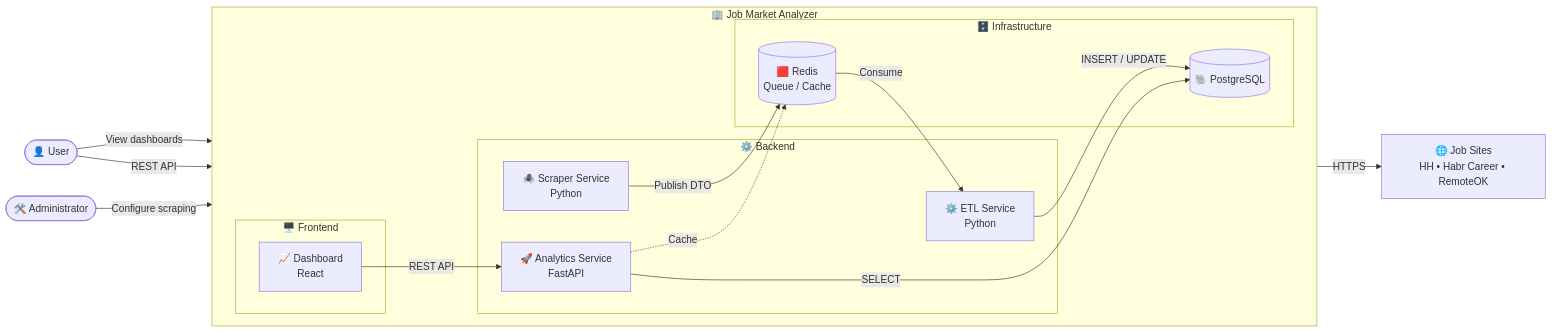
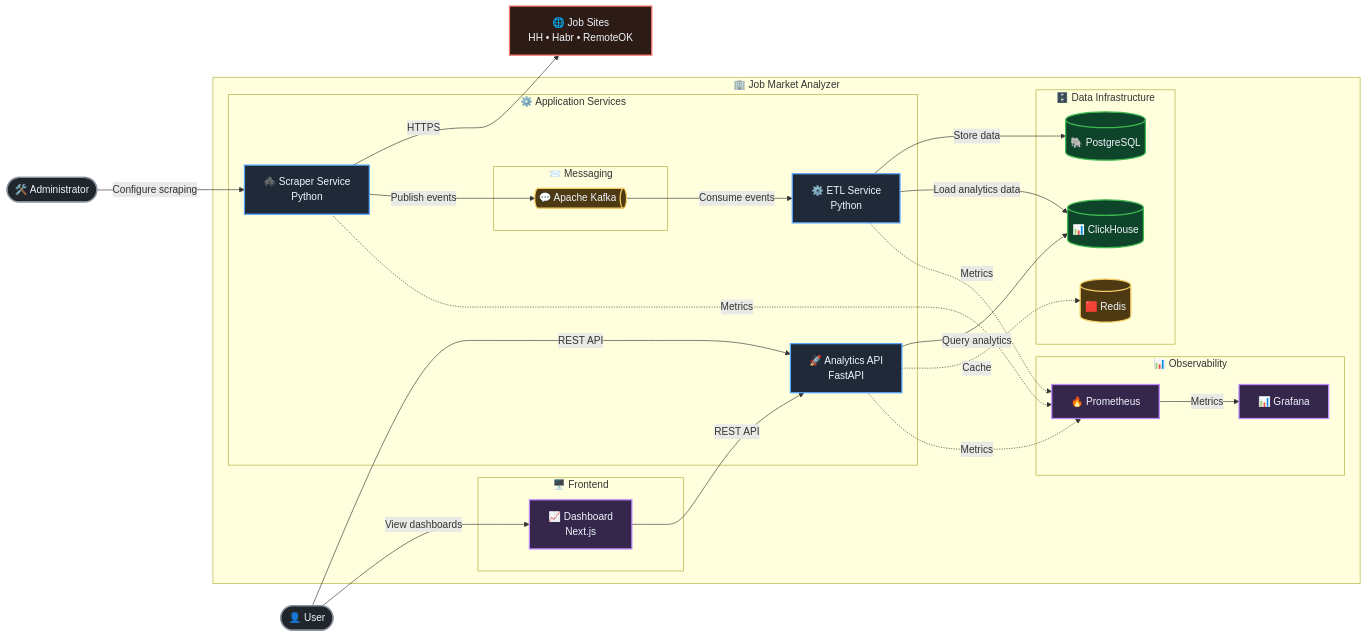
One commit to ma1sky/job_market_analyzer changed the second of 2 diagrams in docs/architecture/overview.md. Above: the diagram before and after it, drawn with Mermaid. The commit also changed other lines of this file and 9 other files, not shown here.

````diff
--- a/docs/architecture/overview.md
+++ b/docs/architecture/overview.md
@@ -93,88 +111,77 @@
 ```mermaid
 flowchart LR
-
-%% ============================================================
-%% External Actors
-%% ============================================================
 
 user(["👤 User"])
 admin(["🛠️ Administrator"])
 
-sites["🌐 Job Sites<br/>HH • Habr Career • RemoteOK"]
-
-%% ============================================================
-%% Job Market Analyzer
-%% ============================================================
-
 subgraph system["🏢 Job Market Analyzer"]
 
-    direction LR
-
-    %% ---------- Frontend ----------
     subgraph frontend["🖥️ Frontend"]
-        dashboard["📈 Dashboard<br/>React"]
+        dashboard["📈 Dashboard<br/>Next.js"]
     end
 
-    %% ---------- Backend ----------
-    subgraph backend["⚙️ Backend"]
-
-        analytics["🚀 Analytics Service<br/>FastAPI"]
-
+    subgraph services["⚙️ Application Services"]
+        subgraph messaging["📨 Messaging"]
+            kafka@{ shape: das, label: "💬 Apache Kafka" }
+        end
+        analytics["🚀 Analytics API<br/>FastAPI"]
         scraper["🕷️ Scraper Service<br/>Python"]
-
         etl["⚙️ ETL Service<br/>Python"]
-
     end
 
-    %% ---------- Infrastructure ----------
-    subgraph infrastructure["🗄️ Infrastructure"]
+    subgraph data["🗄️ Data Infrastructure"]
+        redis[("🟥 Redis")]
+        postgres[("🐘 PostgreSQL")]
+        clickhouse[("📊 ClickHouse")]
+    end
 
-        redis[("🟥 Redis<br/>Queue / Cache")]
-
-        postgres[("🐘 PostgreSQL")]
-
+    subgraph observability["📊 Observability"]
+        prometheus["🔥 Prometheus"]
+        grafana["📊 Grafana"]
     end
 
 end
 
-%% ============================================================
-%% User interactions
-%% ============================================================
+sites["🌐 Job Sites<br/>HH • Habr • RemoteOK"]
 
 user -->|"View dashboards"| dashboard
 user -->|"REST API"| analytics
 
 admin -->|"Configure scraping"| scraper
 
-%% ============================================================
-%% Internal communication
-%% ============================================================
-
 dashboard -->|"REST API"| analytics
 
 scraper -->|"HTTPS"| sites
-scraper -->|"Publish DTO"| redis
+scraper -->|"Publish events"| kafka
+kafka -->|"Consume events"| etl
 
-redis -->|"Consume"| etl
+etl -->|"Store data"| postgres
+etl -->|"Load analytics data"| clickhouse
 
-etl -->|"INSERT / UPDATE"| postgres
-
-analytics -->|"SELECT"| postgres
+analytics -->|"Query analytics"| clickhouse
 analytics -.->|"Cache"| redis
 
-%% ============================================================
-%% Styles
-%% ============================================================
+scraper -.->|"Metrics"| prometheus
+etl -.->|"Metrics"| prometheus
+analytics -.->|"Metrics"| prometheus
+
+prometheus -->|"Metrics"| grafana
+
+classDef actor fill:#21262D,stroke:#8B949E,stroke-width:2px,color:#F0F6FC;
+classDef service fill:#1F2937,stroke:#58A6FF,stroke-width:2px,color:#F0F6FC;
+classDef database fill:#0E4429,stroke:#3FB950,stroke-width:2px,color:#F0F6FC;
+classDef cache fill:#4D3A12,stroke:#F2CC60,stroke-width:2px,color:#F0F6FC;
+classDef dashboard fill:#35264C,stroke:#BC8CFF,stroke-width:2px,color:#F0F6FC;
+classDef external fill:#2D1B16,stroke:#FF7B72,stroke-width:2px,color:#F0F6FC;
+classDef observability fill:#35264C,stroke:#BC8CFF,stroke-width:2px,color:#F0F6FC;
+classDef brokerFill fill:#4D3A12,stroke:#F2CC60,stroke-width:2px,color:#F0F6FC;
 
 class user,admin actor
-
+class scraper,etl,analytics service
 class dashboard dashboard
-
-class scraper,etl,analytics service
-
-class postgres database
-
+class postgres,clickhouse database
 class redis cache
-
+class kafka brokerFill
 class sites external
+class prometheus,grafana observability
 ```
````
